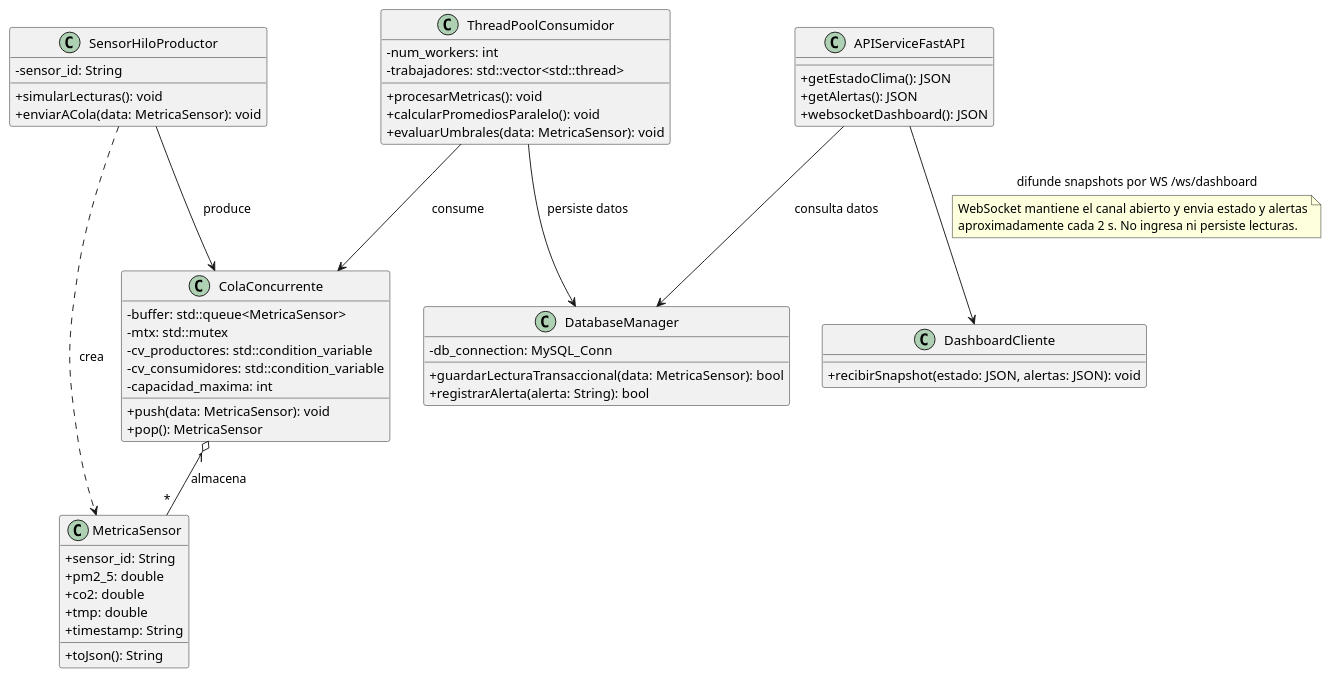
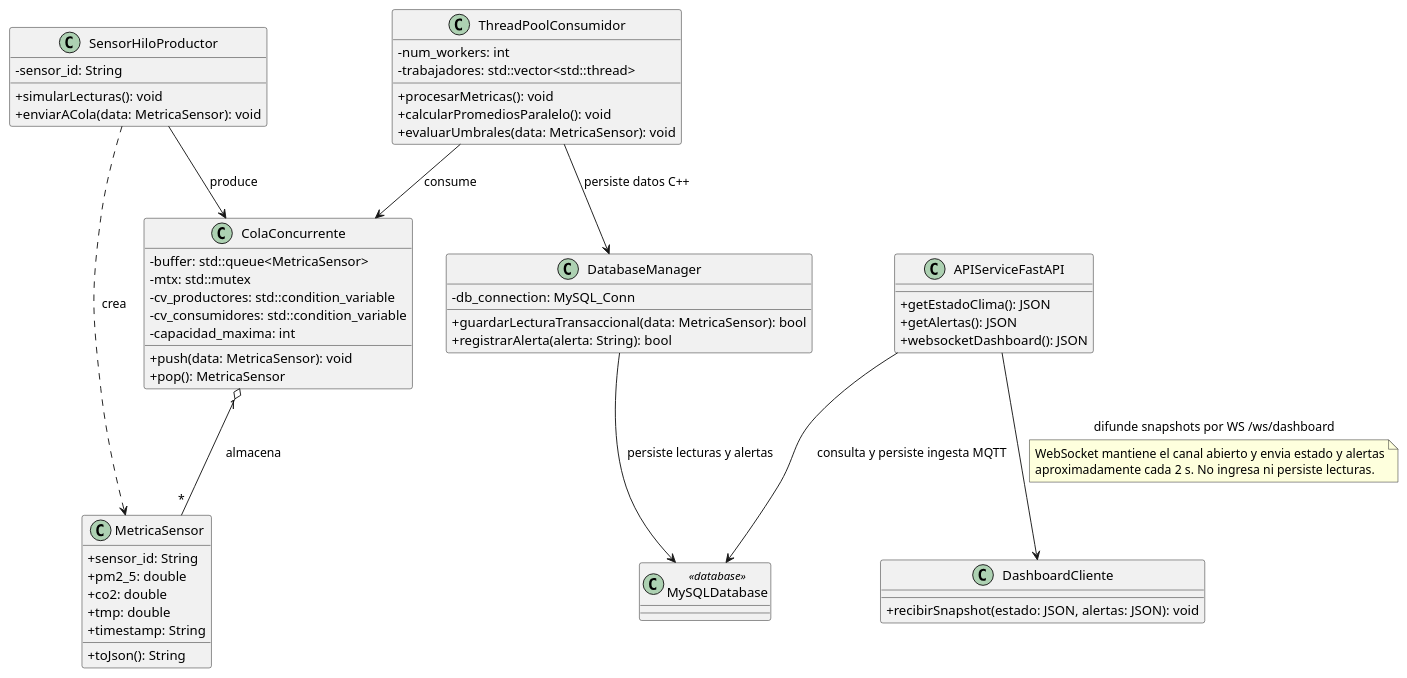
The diagram in docs/uml/diagrama_clases.puml (LizbethCarmona/Monitoreo-Ambiental), drawn with PlantUML before and after one commit. The commit also changed 9 other files, not shown here.

```diff
--- a/docs/uml/diagrama_clases.puml
+++ b/docs/uml/diagrama_clases.puml
@@ -1,66 +1,69 @@
 @startuml
 skinparam classAttributeIconSize 0
 
 class MetricaSensor {
     + sensor_id: String
     + pm2_5: double
     + co2: double
     + tmp: double
     + timestamp: String
     + toJson(): String
 }
 
 class ColaConcurrente {
     - buffer: std::queue<MetricaSensor>
     - mtx: std::mutex
     - cv_productores: std::condition_variable
     - cv_consumidores: std::condition_variable
     - capacidad_maxima: int
     + push(data: MetricaSensor): void
     + pop(): MetricaSensor
 }
 
 class SensorHiloProductor {
     - sensor_id: String
     + simularLecturas(): void
     + enviarACola(data: MetricaSensor): void
 }
 
 class ThreadPoolConsumidor {
     - num_workers: int
     - trabajadores: std::vector<std::thread>
     + procesarMetricas(): void
     + calcularPromediosParalelo(): void
     + evaluarUmbrales(data: MetricaSensor): void
 }
 
 class DatabaseManager {
     - db_connection: MySQL_Conn
     + guardarLecturaTransaccional(data: MetricaSensor): bool
     + registrarAlerta(alerta: String): bool
 }
 
+class MySQLDatabase <<database>>
+
 class APIServiceFastAPI {
     + getEstadoClima(): JSON
     + getAlertas(): JSON
     + websocketDashboard(): JSON
 }
 
 class DashboardCliente {
     + recibirSnapshot(estado: JSON, alertas: JSON): void
 }
 
 SensorHiloProductor ..> MetricaSensor : crea
 ColaConcurrente "1" o-- "*" MetricaSensor : almacena
 SensorHiloProductor --> ColaConcurrente : produce
 ThreadPoolConsumidor --> ColaConcurrente : consume
-ThreadPoolConsumidor --> DatabaseManager : persiste datos
-APIServiceFastAPI --> DatabaseManager : consulta datos
+ThreadPoolConsumidor --> DatabaseManager : persiste datos C++
+DatabaseManager --> MySQLDatabase : persiste lecturas y alertas
+APIServiceFastAPI --> MySQLDatabase : consulta y persiste ingesta MQTT
 APIServiceFastAPI --> DashboardCliente : difunde snapshots por WS /ws/dashboard
 
 note on link
   WebSocket mantiene el canal abierto y envia estado y alertas
   aproximadamente cada 2 s. No ingresa ni persiste lecturas.
 end note
 
 @enduml
```
